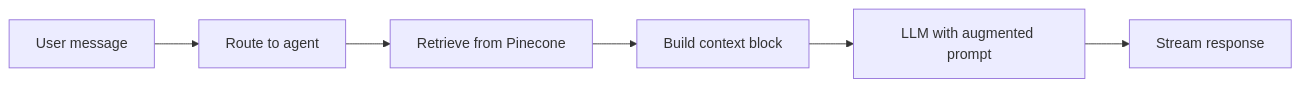
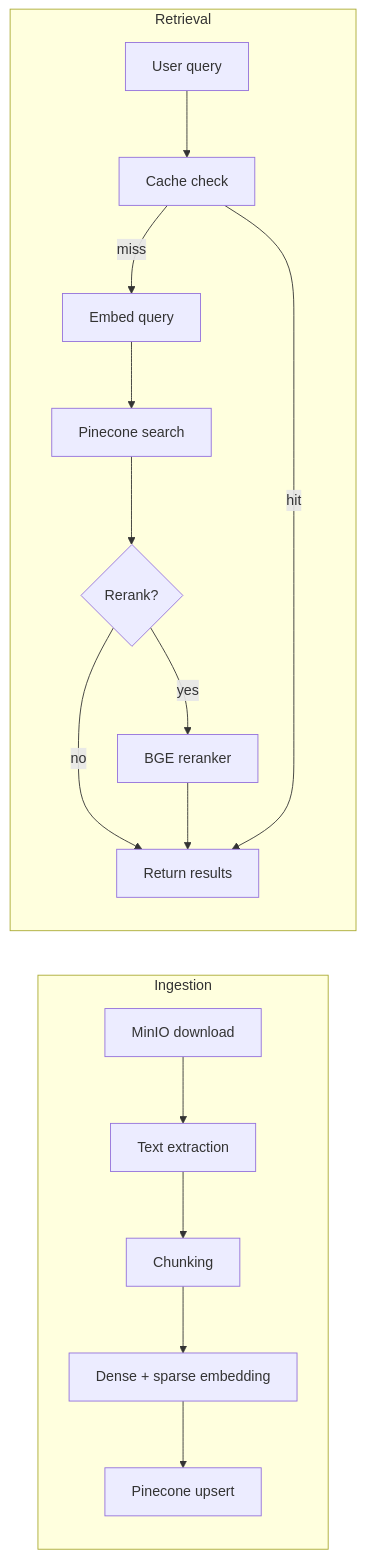
Before and after one commit to Pragadeesh122/RunaxAI: the diagram in frontend/content/blog/rag-pipeline.mdx, drawn with Mermaid. The commit also changed 2 other files, not shown here.

Commit message:
rich documentation diagrams for blog posts

````diff
--- a/frontend/content/blog/rag-pipeline.mdx
+++ b/frontend/content/blog/rag-pipeline.mdx
@@ -13,8 +13,20 @@
 ```mermaid
 flowchart LR
-    A[User message] --> B[Route to agent]
-    B --> C[Retrieve from Pinecone]
-    C --> D[Build context block]
-    D --> E[LLM with augmented prompt]
-    E --> F[Stream response]
+    subgraph Ingestion
+        A[MinIO download] --> B[Text extraction]
+        B --> C[Chunking]
+        C --> D[Dense + sparse embedding]
+        D --> E[Pinecone upsert]
+    end
+
+    subgraph Retrieval
+        F[User query] --> G[Cache check]
+        G -->|miss| H[Embed query]
+        H --> I[Pinecone search]
+        I --> J{Rerank?}
+        J -->|yes| K[BGE reranker]
+        J -->|no| L[Return results]
+        K --> L
+        G -->|hit| L
+    end
 ```
````
